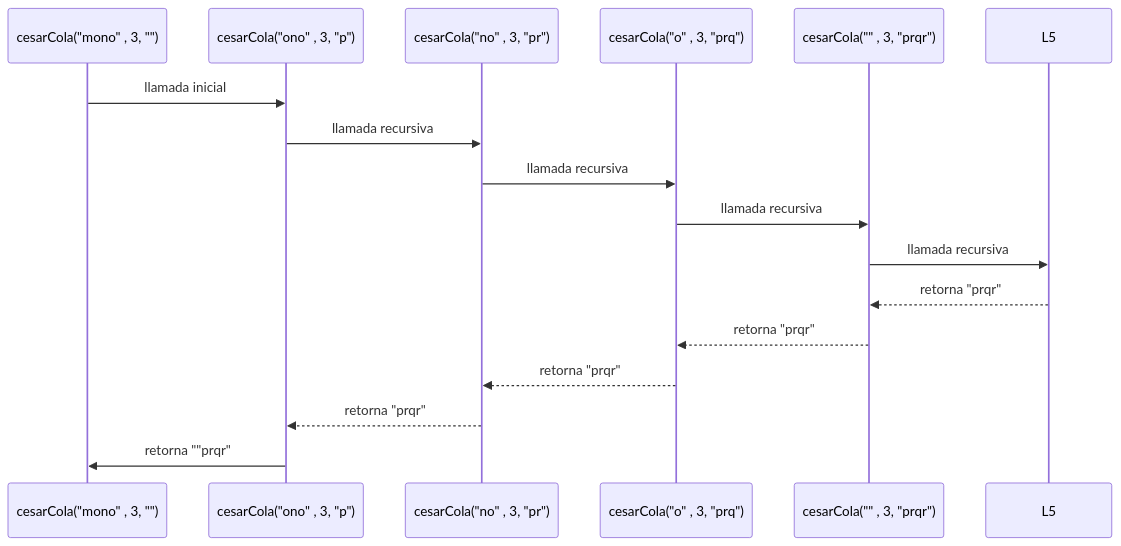
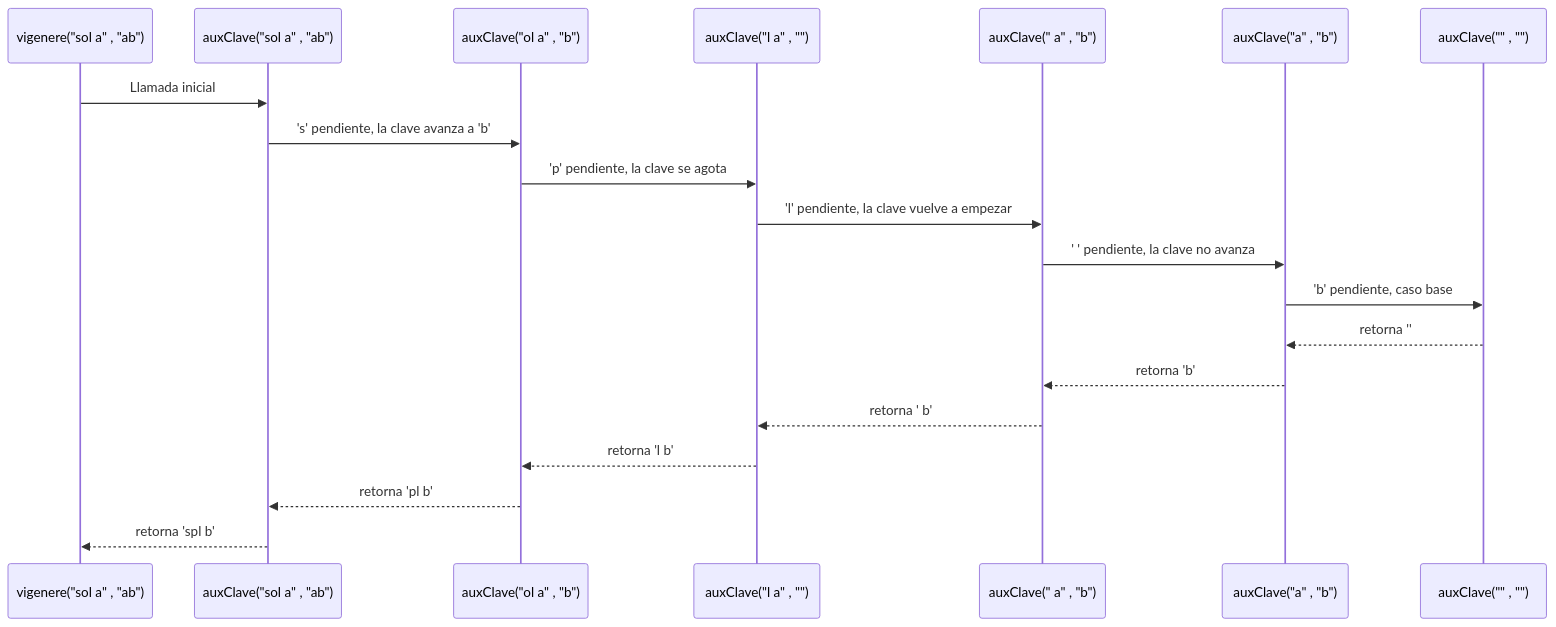
The fifth of 5 diagrams in docs/proceso.md (Lopez-andres/pfc-taller-1-cifrados-clasicos), drawn with Mermaid before and after one commit. The commit also changed other lines of this file and 2 other files, not shown here.

````diff
--- a/docs/proceso.md
+++ b/docs/proceso.md
@@ -305,21 +707,24 @@
 ```mermaid
 sequenceDiagram 
-    participant Main as cesarCola("mono" , 3, "")
-    participant L1 as cesarCola("ono" , 3, "p")
-    participant L2 as cesarCola("no" , 3, "pr")
-    participant L3 as cesarCola("o" , 3, "prq")
-    participant L4 as cesarCola("" , 3, "prqr")
-  
-
-    Main->>L1: llamada inicial
-    L1->>L2: llamada recursiva 
-    L2->>L3: llamada recursiva 
-    L3->>L4: llamada recursiva 
-    L4->>L5: llamada recursiva 
+    participant Main as vigenere("sol a" , "ab")
+    participant L1 as auxClave("sol a" , "ab")
+    participant L2 as auxClave("ol a" , "b")
+    participant L3 as auxClave("l a" , "")
+    participant L4 as auxClave(" a" , "b")
+    participant L5 as auxClave("a" , "b")
+    participant L6 as auxClave("" , "")
     
-    L5-->>L4:retorna "prqr"
-    L4-->>L3:retorna "prqr"
-    L3-->>L2:retorna "prqr"
-    L2-->>L1:retorna "prqr"
-    L1->>Main: retorna ""prqr"
+    Main->>L1: Llamada inicial
+    L1->>L2: 's' pendiente, la clave avanza a 'b'
+    L2->>L3: 'p' pendiente, la clave se agota
+    L3->>L4: 'l' pendiente, la clave vuelve a empezar
+    L4->>L5: ' ' pendiente, la clave no avanza
+    L5->>L6: 'b' pendiente, caso base
+    
+    L6-->>L5: retorna ''
+    L5-->>L4: retorna 'b'
+    L4-->>L3: retorna ' b'
+    L3-->>L2: retorna 'l b'
+    L2-->>L1: retorna 'pl b'
+    L1-->>Main: retorna 'spl b'
 ```
````
